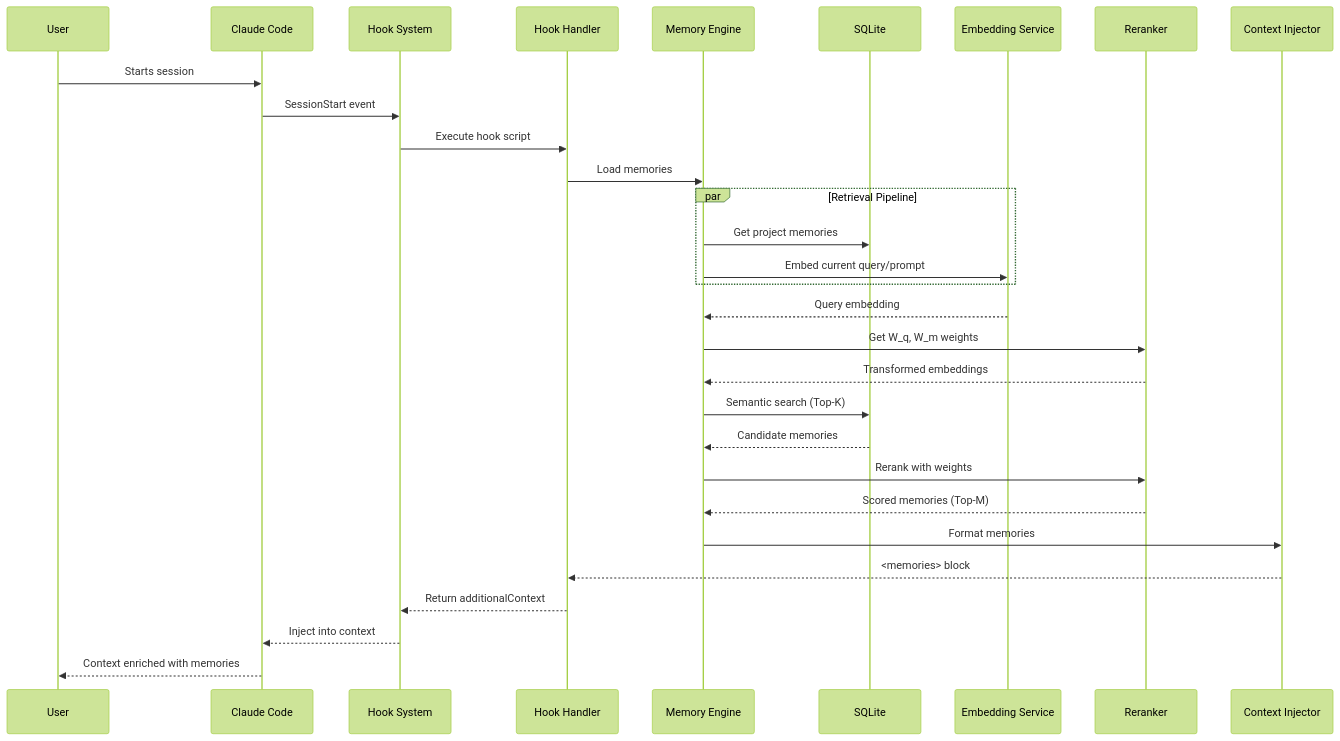
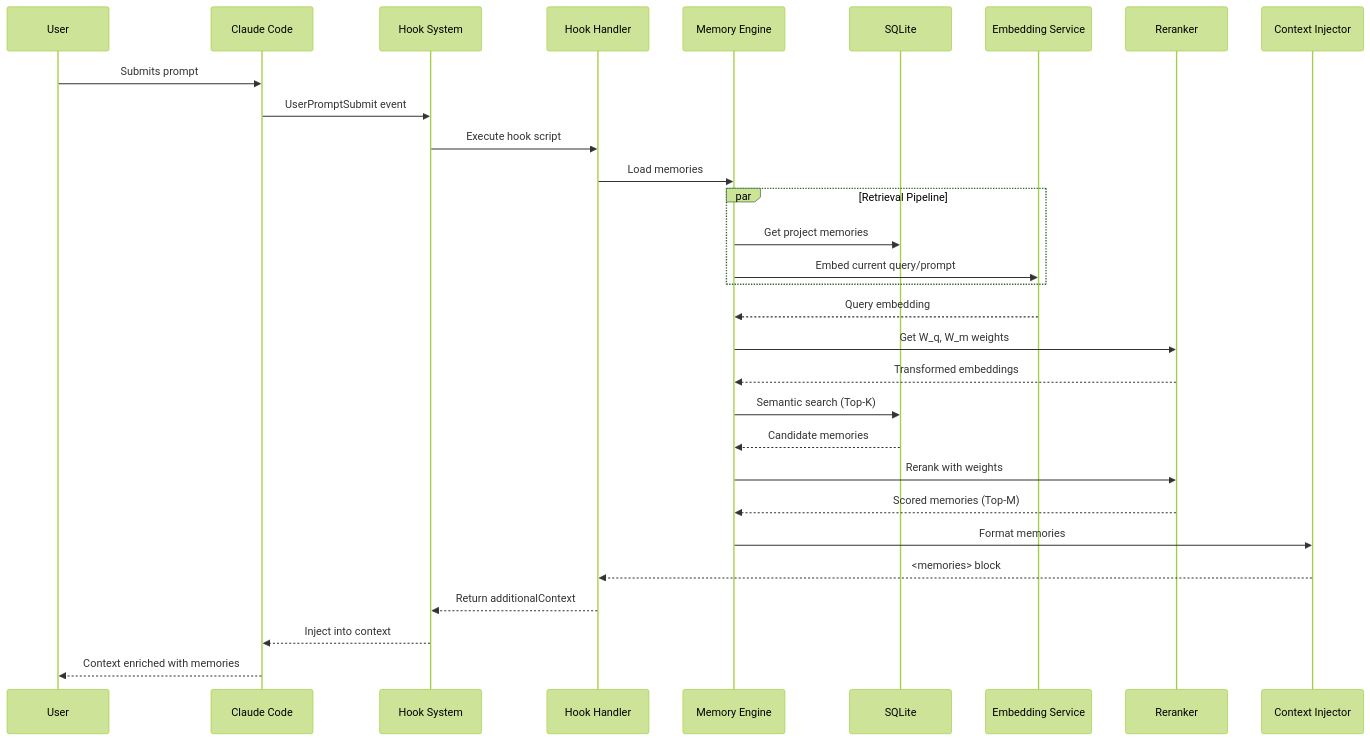
One commit to SkrOYC/cc-rmm changed the second of 4 diagrams in Architecture.md. Above: the diagram before and after it, drawn with Mermaid (forest theme). The commit also changed other lines of this file and 3 other files, not shown here.

````diff
--- a/Architecture.md
+++ b/Architecture.md
@@ -85,39 +85,39 @@
 ```mermaid
 sequenceDiagram
     participant User
     participant Claude as Claude Code
     participant Hooks as Hook System
     participant Handler as Hook Handler
     participant Engine as Memory Engine
     participant SQLite as SQLite
     participant Embed as Embedding Service
     participant Reranker as Reranker
     participant Injector as Context Injector
 
-    User->>Claude: Starts session
-    Claude->>Hooks: SessionStart event
+    User->>Claude: Submits prompt
+    Claude->>Hooks: UserPromptSubmit event
     Hooks->>Handler: Execute hook script
     Handler->>Engine: Load memories
 
     par Retrieval Pipeline
         Engine->>SQLite: Get project memories
         Engine->>Embed: Embed current query/prompt
     end
 
     Embed-->>Engine: Query embedding
     Engine->>Reranker: Get W_q, W_m weights
     Reranker-->>Engine: Transformed embeddings
 
     Engine->>SQLite: Semantic search (Top-K)
     SQLite-->>Engine: Candidate memories
 
     Engine->>Reranker: Rerank with weights
     Reranker-->>Engine: Scored memories (Top-M)
 
     Engine->>Injector: Format memories
     Injector-->>Handler: <memories> block
 
     Handler-->>Hooks: Return additionalContext
     Hooks-->>Claude: Inject into context
     Claude-->>User: Context enriched with memories
 ```
````
